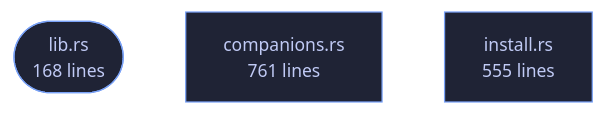
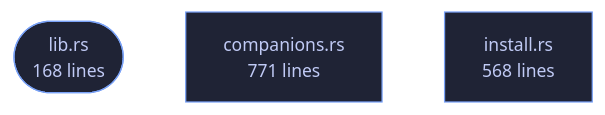
Before and after one commit to tilas01/veilvoice: the diagram in crates/veilvoice-setup/README.md, drawn with Mermaid. The commit also changed other lines of this file and 487 other files, not shown here.

````diff
--- a/crates/veilvoice-setup/README.md
+++ b/crates/veilvoice-setup/README.md
@@ -103,10 +103,10 @@
 ```mermaid
 %%{init: {"theme":"base","themeVariables":{"background":"#1a1b26","primaryColor":"#1f2335","primaryTextColor":"#c0caf5","primaryBorderColor":"#7aa2f7","secondaryColor":"#16161e","tertiaryColor":"#16161e","lineColor":"#737aa2","textColor":"#c0caf5","mainBkg":"#1f2335","nodeBorder":"#7aa2f7","clusterBkg":"#16161e","clusterBorder":"#2f3549","fontFamily":"ui-monospace, SFMono-Regular, Consolas, monospace","fontSize":"14px"}}}%%
 flowchart TD
     n_lib(["lib.rs<br/>168 lines"])
-    n_companions["companions.rs<br/>761 lines"]
-    n_install["install.rs<br/>555 lines"]
+    n_companions["companions.rs<br/>771 lines"]
+    n_install["install.rs<br/>568 lines"]
     click n_lib href "https://github.com/tilas01/veilvoice/blob/main/crates/veilvoice-setup/src/lib.rs" "open the source"
     click n_companions href "https://github.com/tilas01/veilvoice/blob/main/crates/veilvoice-setup/src/companions.rs" "open the source"
     click n_install href "https://github.com/tilas01/veilvoice/blob/main/crates/veilvoice-setup/src/install.rs" "open the source"
 ```
````
